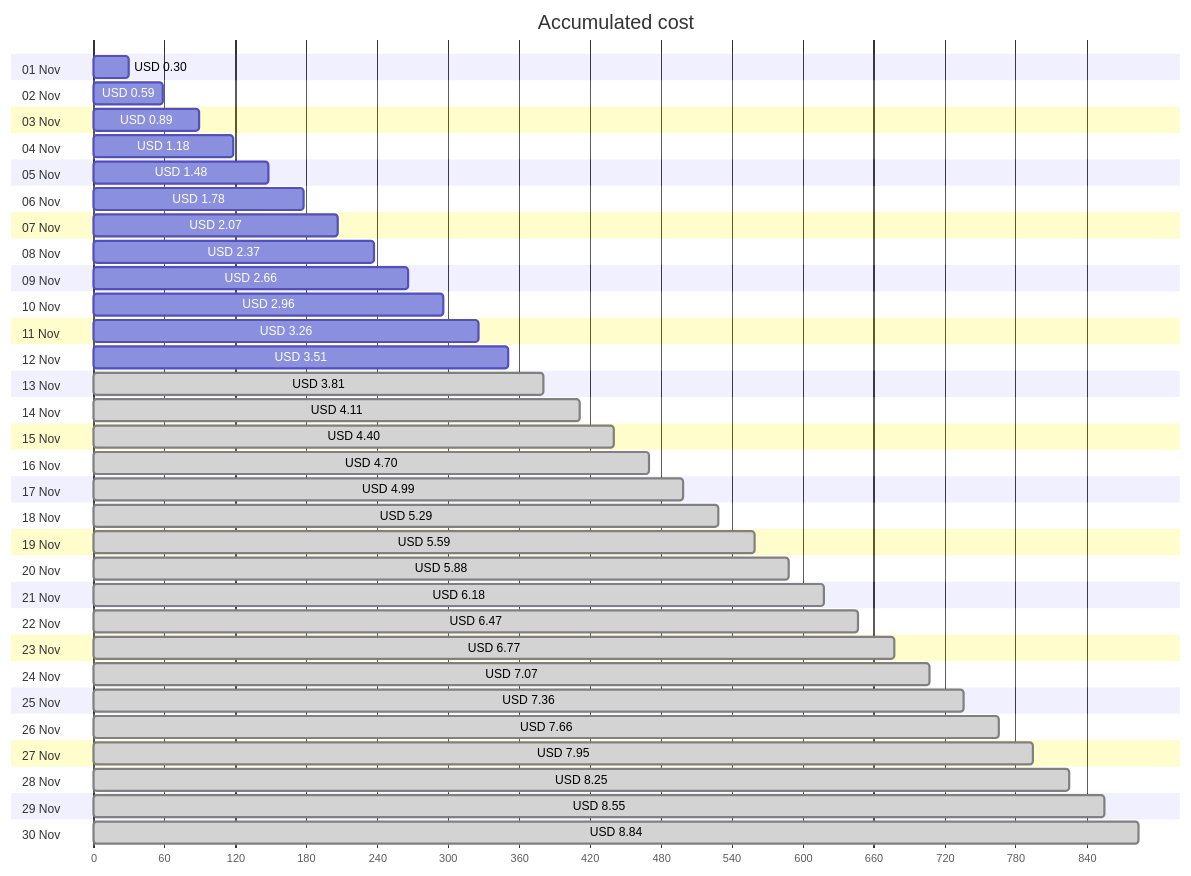
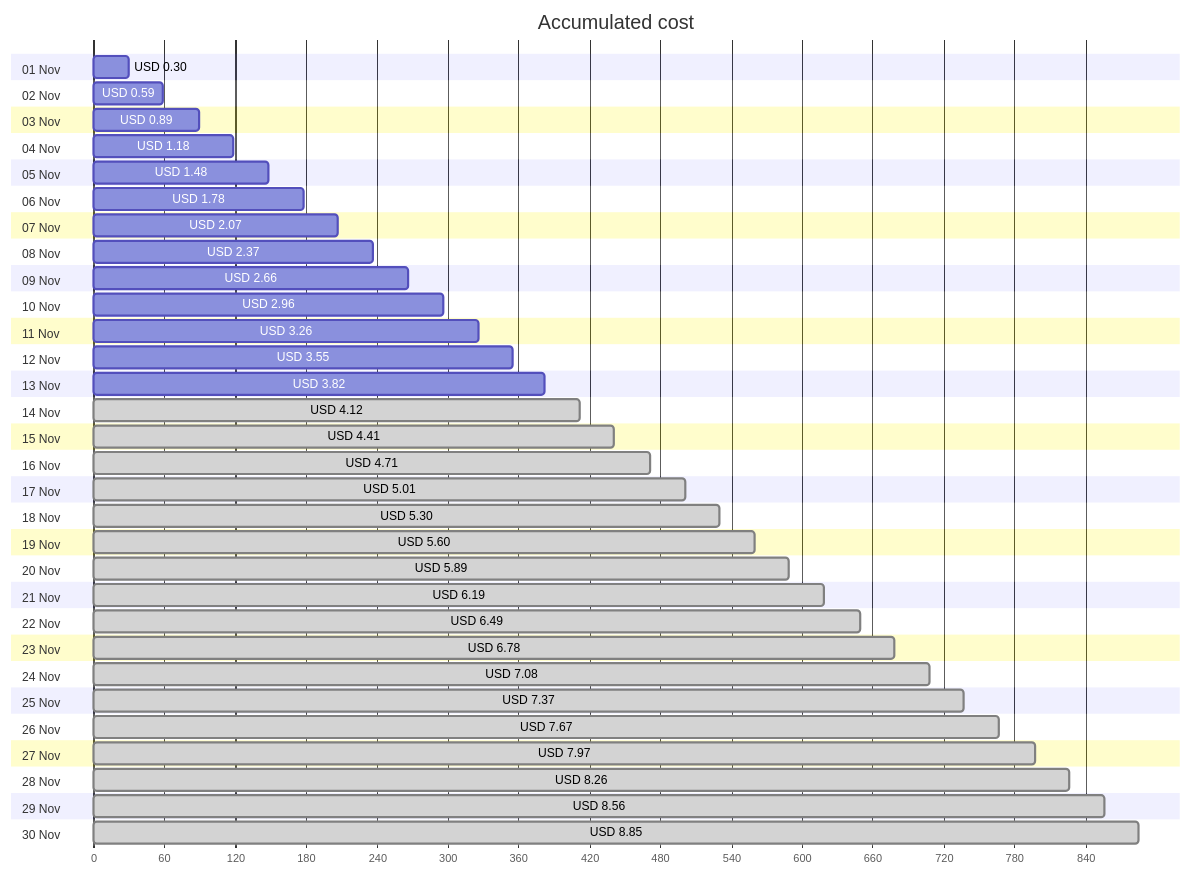
One commit to jpfulton/azure-personal-reports changed the first of 4 diagrams in cost-reports/personal-site/personal-site-preview.md. Above: the diagram before and after it, drawn with Mermaid. The commit also changed other lines of this file and 6 other files, not shown here.

````diff
--- a/cost-reports/personal-site/personal-site-preview.md
+++ b/cost-reports/personal-site/personal-site-preview.md
@@ -20,66 +20,66 @@
 ```mermaid
 gantt
    title Accumulated cost
    dateFormat  X
    axisFormat %s
    section 01 Nov
    USD 0.30 :0, 30
    section 02 Nov
    USD 0.59 :0, 59
    section 03 Nov
    USD 0.89 :0, 89
    section 04 Nov
    USD 1.18 :0, 118
    section 05 Nov
    USD 1.48 :0, 148
    section 06 Nov
    USD 1.78 :0, 178
    section 07 Nov
    USD 2.07 :0, 207
    section 08 Nov
    USD 2.37 :0, 237
    section 09 Nov
    USD 2.66 :0, 266
    section 10 Nov
    USD 2.96 :0, 296
    section 11 Nov
    USD 3.26 :0, 326
    section 12 Nov
-   USD 3.51 :0, 351
+   USD 3.55 :0, 355
    section 13 Nov
-   USD 3.81 : done, 0, 381
+   USD 3.82 :0, 382
    section 14 Nov
-   USD 4.11 : done, 0, 411
+   USD 4.12 : done, 0, 412
    section 15 Nov
-   USD 4.40 : done, 0, 440
+   USD 4.41 : done, 0, 441
    section 16 Nov
-   USD 4.70 : done, 0, 470
+   USD 4.71 : done, 0, 471
    section 17 Nov
-   USD 4.99 : done, 0, 499
+   USD 5.01 : done, 0, 501
    section 18 Nov
-   USD 5.29 : done, 0, 529
+   USD 5.30 : done, 0, 530
    section 19 Nov
-   USD 5.59 : done, 0, 559
+   USD 5.60 : done, 0, 560
    section 20 Nov
-   USD 5.88 : done, 0, 588
+   USD 5.89 : done, 0, 589
    section 21 Nov
-   USD 6.18 : done, 0, 618
+   USD 6.19 : done, 0, 619
    section 22 Nov
-   USD 6.47 : done, 0, 647
+   USD 6.49 : done, 0, 649
    section 23 Nov
-   USD 6.77 : done, 0, 677
+   USD 6.78 : done, 0, 678
    section 24 Nov
-   USD 7.07 : done, 0, 707
+   USD 7.08 : done, 0, 708
    section 25 Nov
-   USD 7.36 : done, 0, 736
+   USD 7.37 : done, 0, 737
    section 26 Nov
-   USD 7.66 : done, 0, 766
+   USD 7.67 : done, 0, 767
    section 27 Nov
-   USD 7.95 : done, 0, 795
+   USD 7.97 : done, 0, 797
    section 28 Nov
-   USD 8.25 : done, 0, 825
+   USD 8.26 : done, 0, 826
    section 29 Nov
-   USD 8.55 : done, 0, 855
+   USD 8.56 : done, 0, 856
    section 30 Nov
-   USD 8.84 : done, 0, 884
+   USD 8.85 : done, 0, 885
 ```
````
